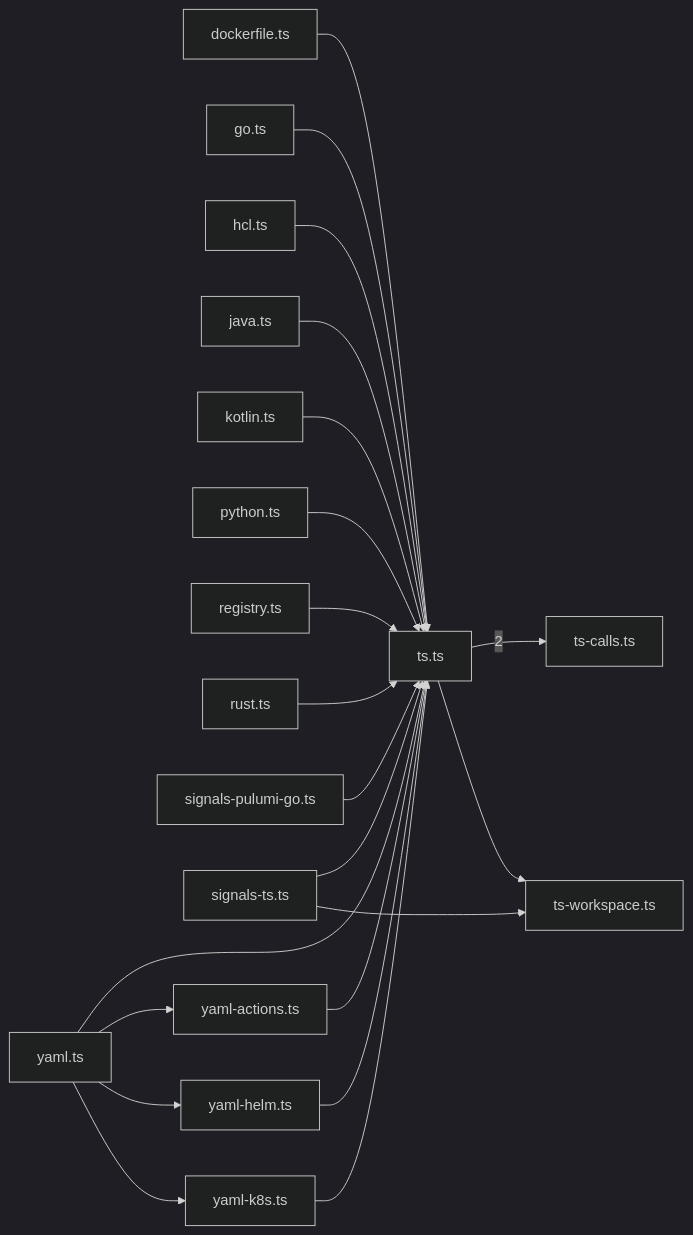
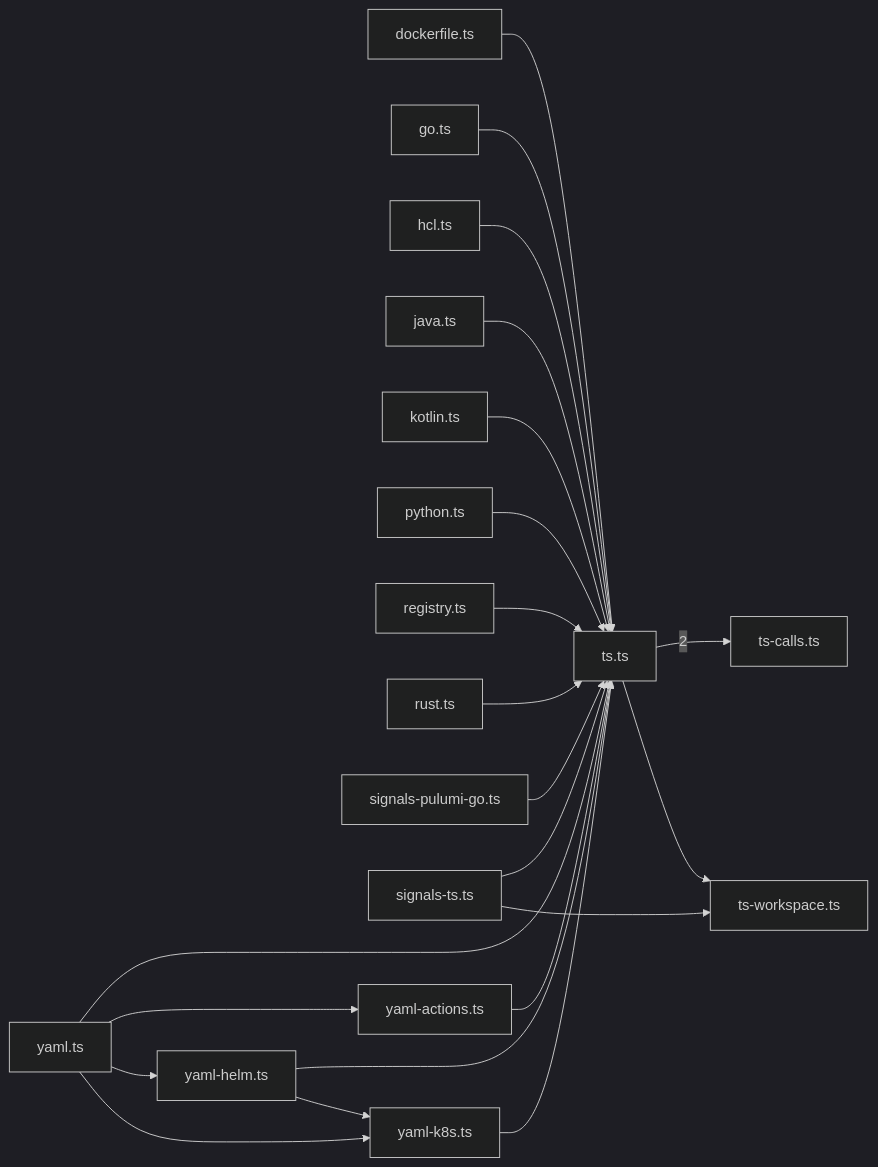
Before and after one commit to sns45/greplost: the fourth of 6 diagrams in .greplost/packages/greplost__bench/MAP.md, drawn with Mermaid (dark theme). The commit also changed other lines of this file and 27 other files, not shown here.

````diff
--- a/.greplost/packages/greplost__bench/MAP.md
+++ b/.greplost/packages/greplost__bench/MAP.md
@@ -160,40 +160,41 @@
 ```mermaid
 graph LR
   bench_src_truth_dockerfile_ts["dockerfile.ts"]
   bench_src_truth_go_ts["go.ts"]
   bench_src_truth_hcl_ts["hcl.ts"]
   bench_src_truth_java_ts["java.ts"]
   bench_src_truth_kotlin_ts["kotlin.ts"]
   bench_src_truth_python_ts["python.ts"]
   bench_src_truth_registry_ts["registry.ts"]
   bench_src_truth_rust_ts["rust.ts"]
   bench_src_truth_signals_pulumi_go_ts["signals-pulumi-go.ts"]
   bench_src_truth_signals_ts_ts["signals-ts.ts"]
   bench_src_truth_ts_calls_ts["ts-calls.ts"]
   bench_src_truth_ts_ts["ts.ts"]
   bench_src_truth_ts_workspace_ts["ts-workspace.ts"]
   bench_src_truth_yaml_actions_ts["yaml-actions.ts"]
   bench_src_truth_yaml_helm_ts["yaml-helm.ts"]
   bench_src_truth_yaml_k8s_ts["yaml-k8s.ts"]
   bench_src_truth_yaml_ts["yaml.ts"]
   bench_src_truth_dockerfile_ts --> bench_src_truth_ts_ts
   bench_src_truth_go_ts --> bench_src_truth_ts_ts
   bench_src_truth_hcl_ts --> bench_src_truth_ts_ts
   bench_src_truth_java_ts --> bench_src_truth_ts_ts
   bench_src_truth_kotlin_ts --> bench_src_truth_ts_ts
   bench_src_truth_python_ts --> bench_src_truth_ts_ts
   bench_src_truth_registry_ts --> bench_src_truth_ts_ts
   bench_src_truth_rust_ts --> bench_src_truth_ts_ts
   bench_src_truth_signals_pulumi_go_ts --> bench_src_truth_ts_ts
   bench_src_truth_signals_ts_ts --> bench_src_truth_ts_ts
   bench_src_truth_signals_ts_ts --> bench_src_truth_ts_workspace_ts
   bench_src_truth_ts_ts -->|2| bench_src_truth_ts_calls_ts
   bench_src_truth_ts_ts --> bench_src_truth_ts_workspace_ts
   bench_src_truth_yaml_actions_ts --> bench_src_truth_ts_ts
   bench_src_truth_yaml_helm_ts --> bench_src_truth_ts_ts
+  bench_src_truth_yaml_helm_ts --> bench_src_truth_yaml_k8s_ts
   bench_src_truth_yaml_k8s_ts --> bench_src_truth_ts_ts
   bench_src_truth_yaml_ts --> bench_src_truth_ts_ts
   bench_src_truth_yaml_ts --> bench_src_truth_yaml_actions_ts
   bench_src_truth_yaml_ts --> bench_src_truth_yaml_helm_ts
   bench_src_truth_yaml_ts --> bench_src_truth_yaml_k8s_ts
 ```
````
